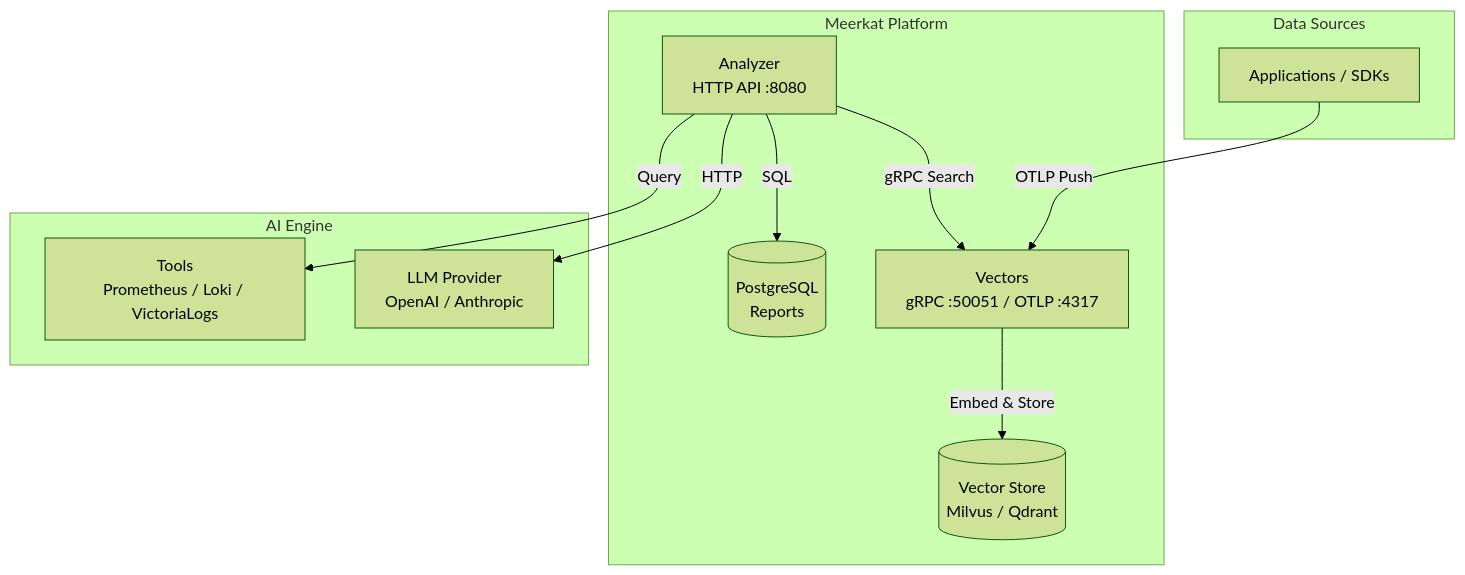
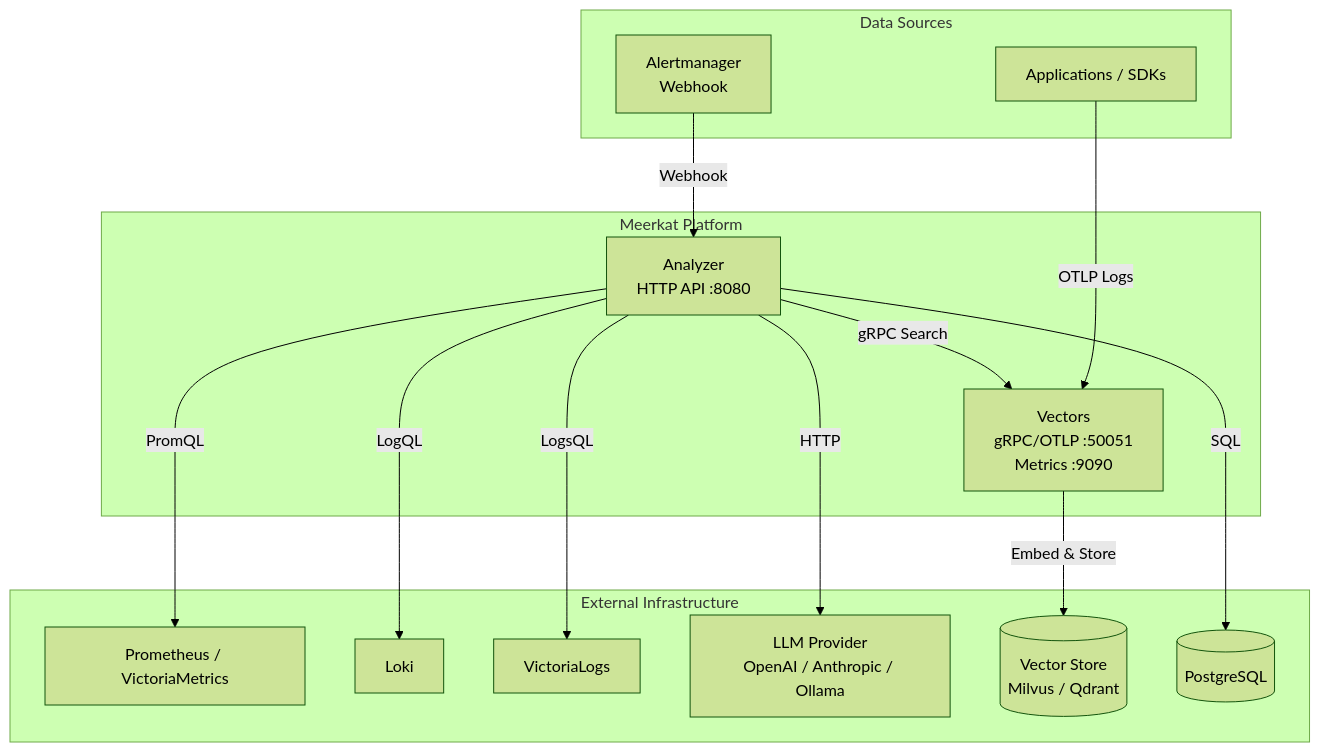
The first of 4 diagrams in README.md (serengeti-sh/meerkat), drawn with Mermaid (forest theme) before and after one commit. The commit also changed other lines of this file, not shown here.

First line of the commit message:
docs: update README with accurate architecture and flows

````diff
--- a/README.md
+++ b/README.md
@@ -14,25 +14,31 @@
 ```mermaid
 graph TB
-    subgraph "Data Sources"
-        App[Applications / SDKs]
+    subgraph External Infrastructure
+        Prometheus[Prometheus / VictoriaMetrics]
+        Loki[Loki]
+        VictoriaLogs[VictoriaLogs]
+        LLM[LLM Provider<br/>OpenAI / Anthropic / Ollama]
+        VectorDB[(Vector Store<br/>Milvus / Qdrant)]
+        PG[(PostgreSQL)]
     end
 
-    subgraph "Meerkat Platform"
-        Vectors[Vectors<br/>gRPC :50051 / OTLP :4317]
+    subgraph Meerkat Platform
         Analyzer[Analyzer<br/>HTTP API :8080]
-        PostgreSQL[(PostgreSQL<br/>Reports)]
-        VectorStore[(Vector Store<br/>Milvus / Qdrant)]
+        Vectors[Vectors<br/>gRPC/OTLP :50051<br/>Metrics :9090]
     end
 
-    subgraph "AI Engine"
-        LLM[LLM Provider<br/>OpenAI / Anthropic]
-        Tools[Tools<br/>Prometheus / Loki / VictoriaLogs]
+    subgraph Data Sources
+        App[Applications / SDKs]
+        AlertManager[Alertmanager<br/>Webhook]
     end
 
-    App -->|OTLP Push| Vectors
-    Vectors -->|Embed & Store| VectorStore
+    App -->|OTLP Logs| Vectors
+    AlertManager -->|Webhook| Analyzer
+    Analyzer -->|PromQL| Prometheus
+    Analyzer -->|LogQL| Loki
+    Analyzer -->|LogsQL| VictoriaLogs
     Analyzer -->|gRPC Search| Vectors
-    Analyzer -->|SQL| PostgreSQL
+    Vectors -->|Embed & Store| VectorDB
     Analyzer -->|HTTP| LLM
-    Analyzer -->|Query| Tools
+    Analyzer -->|SQL| PG
 ```
````
